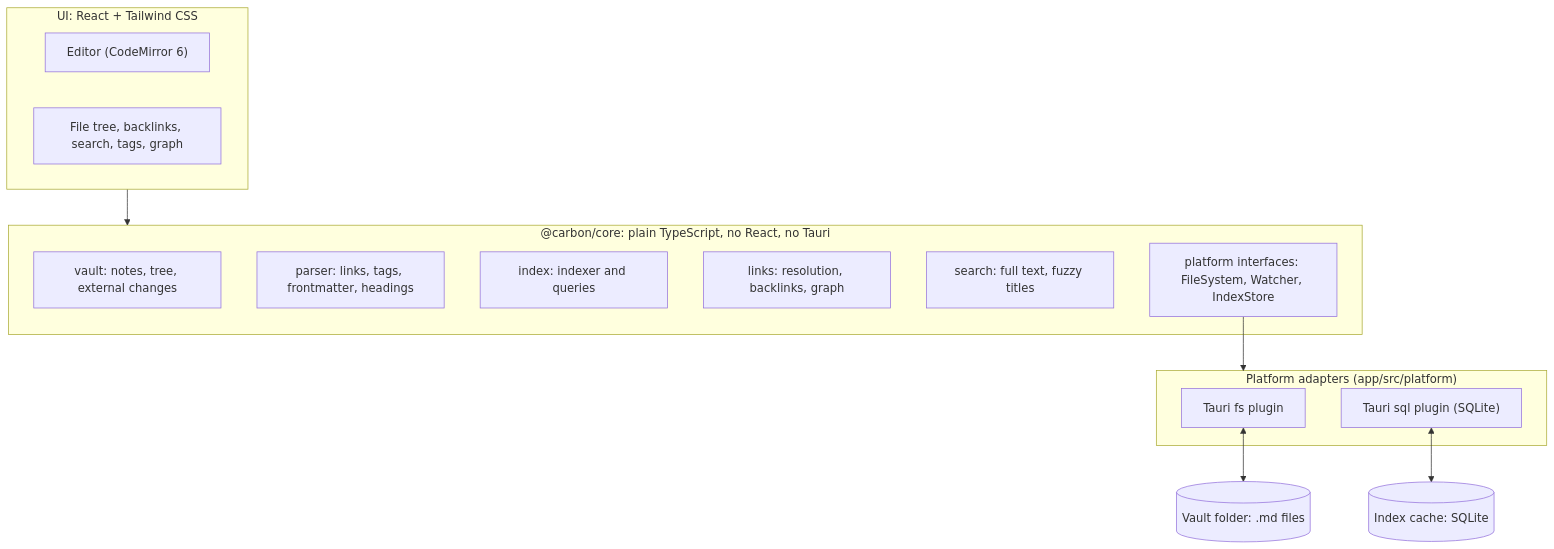
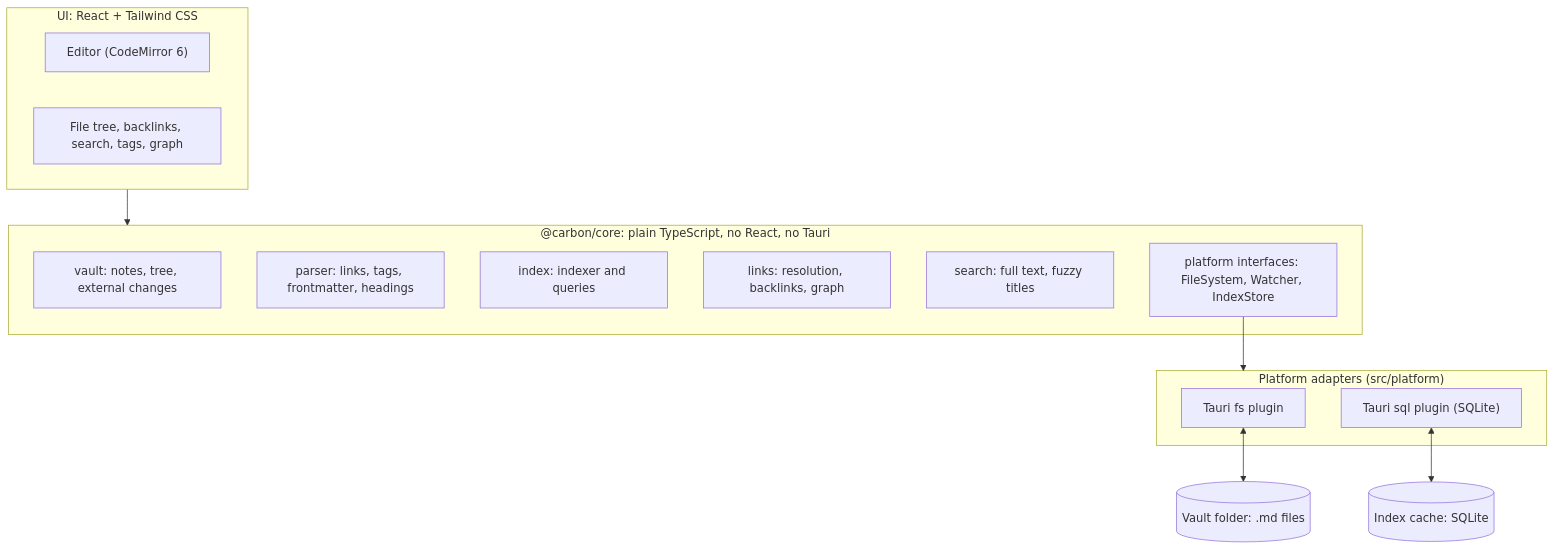
The diagram in ARCHITECTURE.md (hexlabelposition/carbon), drawn with Mermaid before and after one commit. The commit also changed other lines of this file and 36 other files, not shown here.

````diff
--- a/ARCHITECTURE.md
+++ b/ARCHITECTURE.md
@@ -37,25 +37,25 @@
 ```mermaid
 flowchart TB
   subgraph UI["UI: React + Tailwind CSS"]
     Editor["Editor (CodeMirror 6)"]
     Panels["File tree, backlinks, search, tags, graph"]
   end
   subgraph Core["@carbon/core: plain TypeScript, no React, no Tauri"]
     Vault["vault: notes, tree, external changes"]
     Parser["parser: links, tags, frontmatter, headings"]
     Index["index: indexer and queries"]
     Links["links: resolution, backlinks, graph"]
     Search["search: full text, fuzzy titles"]
     Ports["platform interfaces: FileSystem, Watcher, IndexStore"]
   end
-  subgraph Platform["Platform adapters (app/src/platform)"]
+  subgraph Platform["Platform adapters (src/platform)"]
     TauriFS["Tauri fs plugin"]
     TauriSQL["Tauri sql plugin (SQLite)"]
   end
   FS[("Vault folder: .md files")]
   DB[("Index cache: SQLite")]
   UI --> Core
   Ports --> Platform
   TauriFS <--> FS
   TauriSQL <--> DB
 ```
````
